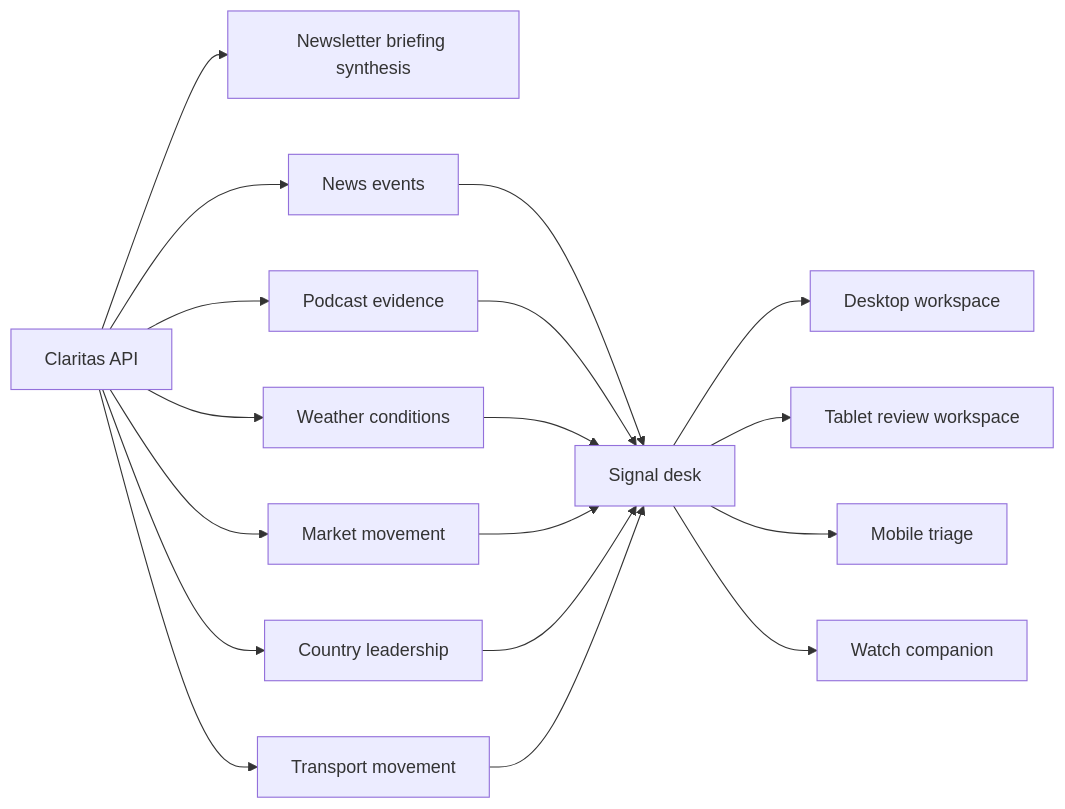
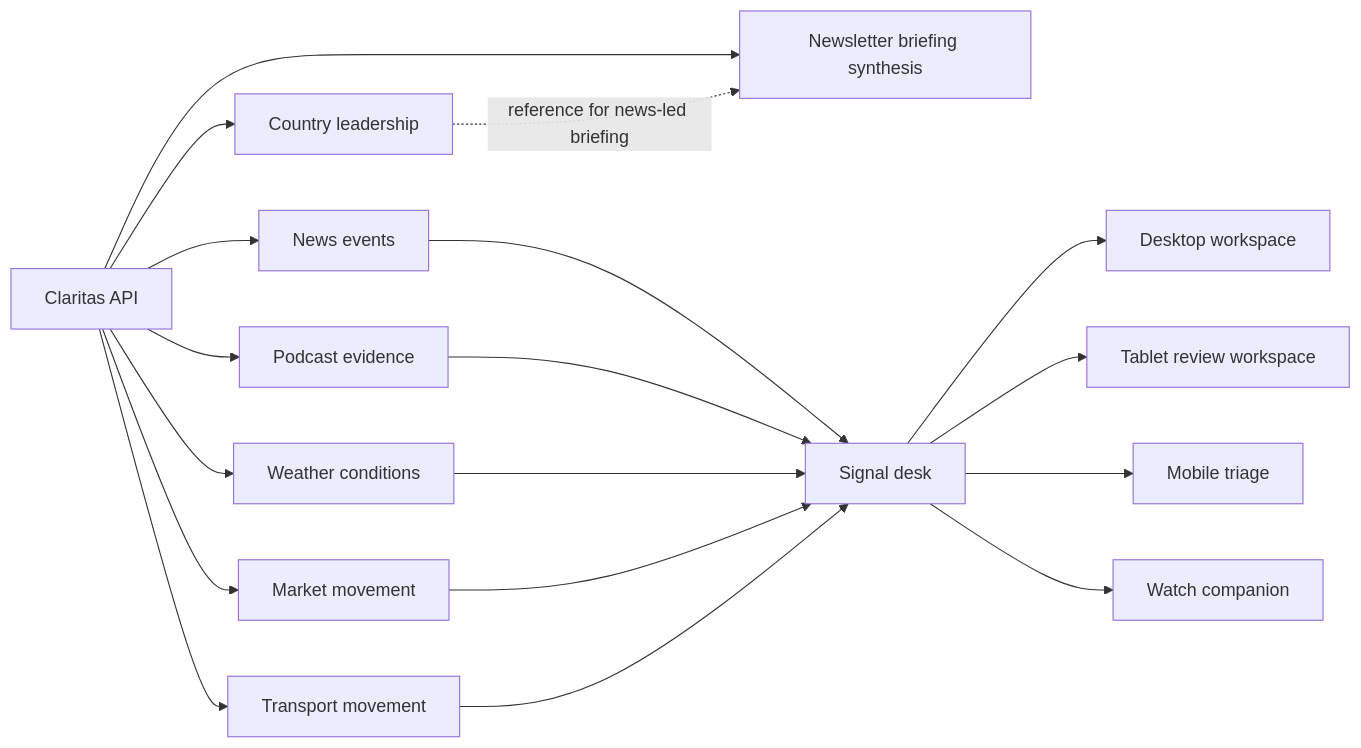
One commit to eojgroup/claritas changed the first of 2 diagrams in docs/architecture/cross-device-design.md. Above: the diagram before and after it, drawn with Mermaid. The commit also changed other lines of this file and 15 other files, not shown here.

Commit message:
Improve news leadership and transport tracking

````diff
--- a/docs/architecture/cross-device-design.md
+++ b/docs/architecture/cross-device-design.md
@@ -20,22 +20,22 @@
 ```mermaid
 flowchart LR
   API[Claritas API] --> Brief[Newsletter briefing synthesis]
   API --> News[News events]
   API --> Podcasts[Podcast evidence]
   API --> Weather[Weather conditions]
   API --> Markets[Market movement]
   API --> Leadership[Country leadership]
   API --> Transport[Transport movement]
 
   News --> Desk[Signal desk]
   Podcasts --> Desk
   Weather --> Desk
   Markets --> Desk
-  Leadership --> Desk
+  Leadership -. reference for news-led briefing .-> Brief
   Transport --> Desk
 
   Desk --> Web[Desktop workspace]
   Desk --> Pad[Tablet review workspace]
   Desk --> Phone[Mobile triage]
   Desk --> Watch[Watch companion]
 ```
````
